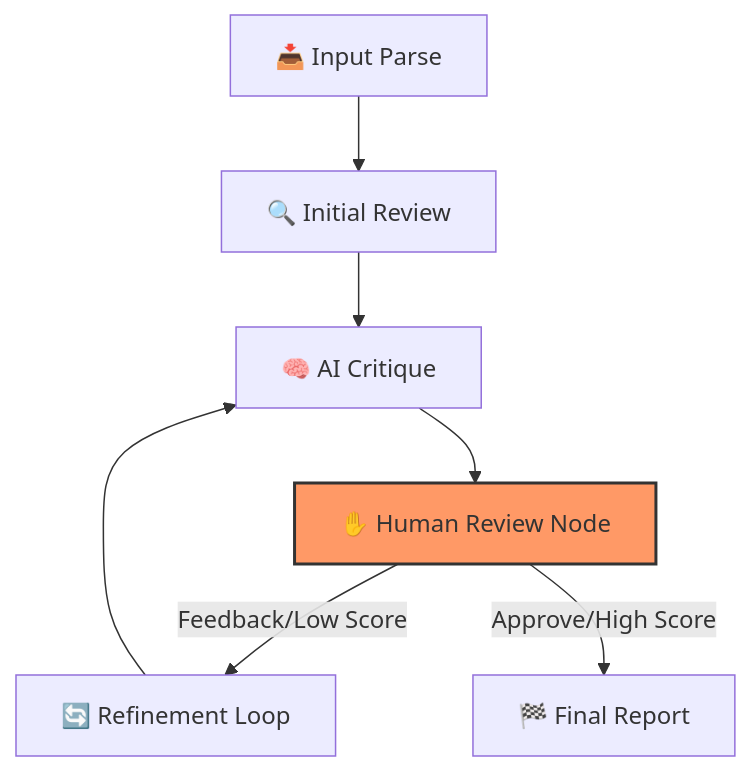
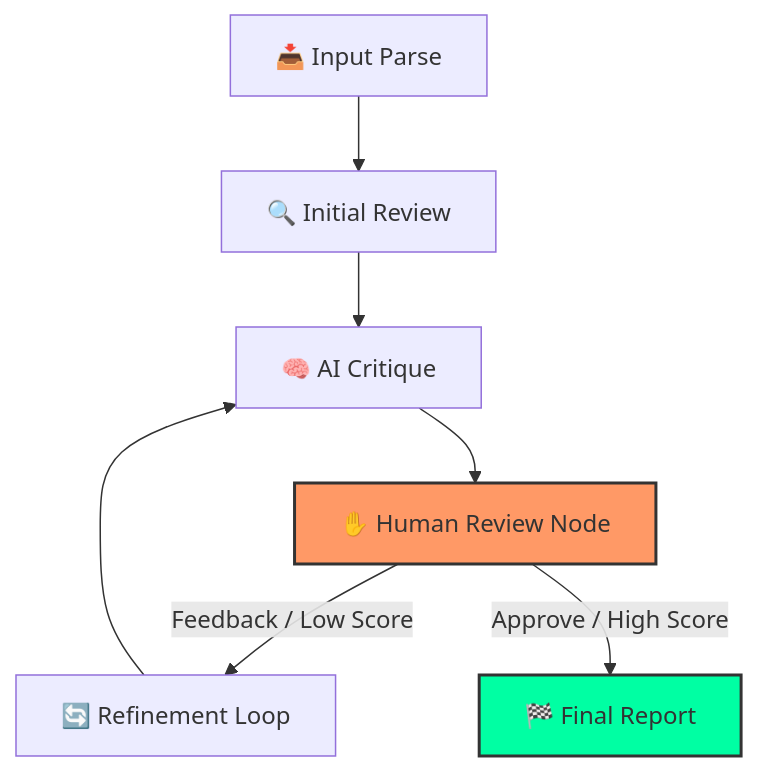
Before and after one commit to naveensingh-dev/GitMind: the diagram in README.md, drawn with Mermaid. The commit also changed other lines of this file and 1 other file, not shown here.

Commit message:
docs: modernize README with advanced architecture details and roadmap

````diff
--- a/README.md
+++ b/README.md
@@ -29,11 +32,12 @@
 ```mermaid
 graph TD
     A[📥 Input Parse] --> B[🔍 Initial Review]
     B --> C[🧠 AI Critique]
     C --> D[✋ Human Review Node]
-    D -->|Feedback/Low Score| E[🔄 Refinement Loop]
+    D -->|Feedback / Low Score| E[🔄 Refinement Loop]
     E --> C
-    D -->|Approve/High Score| F[🏁 Final Report]
+    D -->|Approve / High Score| F[🏁 Final Report]
     
     style D fill:#f96,stroke:#333,stroke-width:2px
+    style F fill:#00ffa3,stroke:#333,stroke-width:2px
 ```
````
